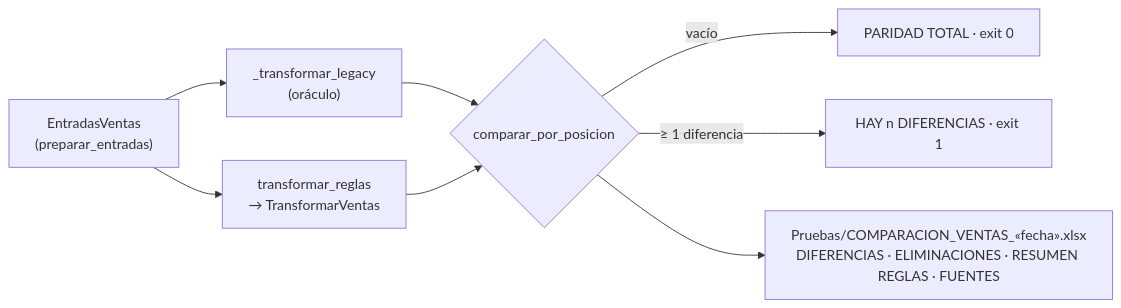
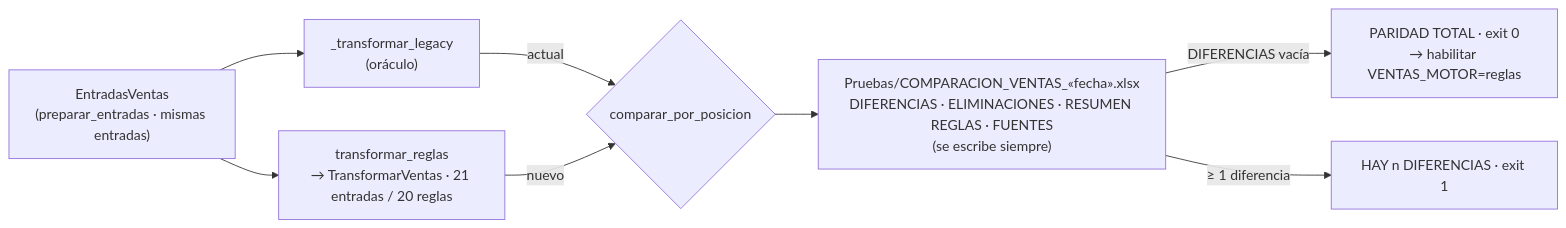
Before and after one commit to developments-fertrac/generacion_insumos: the diagram in docs/arquitectura/04_motor_de_reglas_ventas.md, drawn with Mermaid. The commit also changed other lines of this file and 16 other files, not shown here.

Commit message:
graphify updated

````diff
--- a/docs/arquitectura/04_motor_de_reglas_ventas.md
+++ b/docs/arquitectura/04_motor_de_reglas_ventas.md
@@ -48,10 +50,10 @@
 ```mermaid
 flowchart LR
-    E["EntradasVentas<br/>(preparar_entradas)"] --> L["_transformar_legacy<br/>(oráculo)"]
-    E --> R["transformar_reglas<br/>→ TransformarVentas"]
-    L --> C{"comparar_por_posicion"}
-    R --> C
-    C -- "vacío" --> OK["PARIDAD TOTAL · exit 0"]
-    C -- "≥ 1 diferencia" --> KO["HAY n DIFERENCIAS · exit 1"]
-    C --> X["Pruebas/COMPARACION_VENTAS_«fecha».xlsx<br/>DIFERENCIAS · ELIMINACIONES · RESUMEN REGLAS · FUENTES"]
+    E["EntradasVentas<br/>(preparar_entradas · mismas entradas)"] --> L["_transformar_legacy<br/>(oráculo)"]
+    E --> R["transformar_reglas<br/>→ TransformarVentas · 21 entradas / 20 reglas"]
+    L -- "actual" --> C{"comparar_por_posicion"}
+    R -- "nuevo" --> C
+    C --> X["Pruebas/COMPARACION_VENTAS_«fecha».xlsx<br/>DIFERENCIAS · ELIMINACIONES · RESUMEN REGLAS · FUENTES<br/>(se escribe siempre)"]
+    X -- "DIFERENCIAS vacía" --> OK["PARIDAD TOTAL · exit 0<br/>→ habilitar VENTAS_MOTOR=reglas"]
+    X -- "≥ 1 diferencia" --> KO["HAY n DIFERENCIAS · exit 1"]
 ```
````
